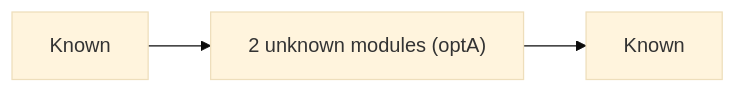
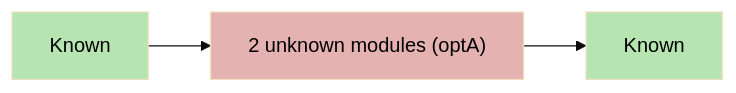
Before and after one commit to giomf/NixoScope: the second of 8 diagrams in README.md, drawn with Mermaid (base theme). The commit also changed other lines of this file, not shown here.

Commit message:
docs: add coloring to mermaid examples

````diff
--- a/README.md
+++ b/README.md
@@ -102,4 +104,6 @@
 ```mermaid
 graph LR
-    A[Known] --> B["2 unknown modules (optA)"] --> D[Known]
+    classDef known fill:#b6e5b2,color:#000
+    classDef unknown fill:#e5b2b2,color:#000
+    A[Known]:::known --> B["2 unknown modules (optA)"]:::unknown --> D[Known]:::known
 ```
````
